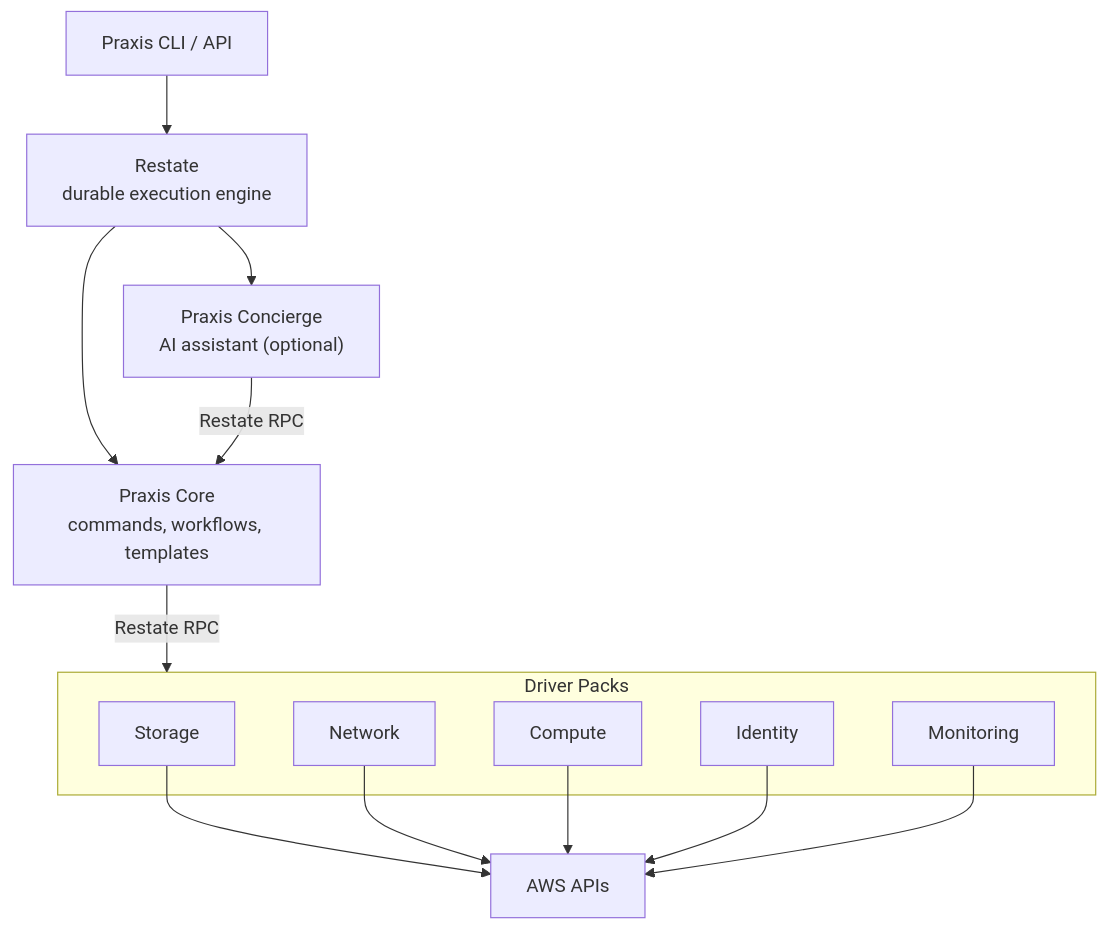
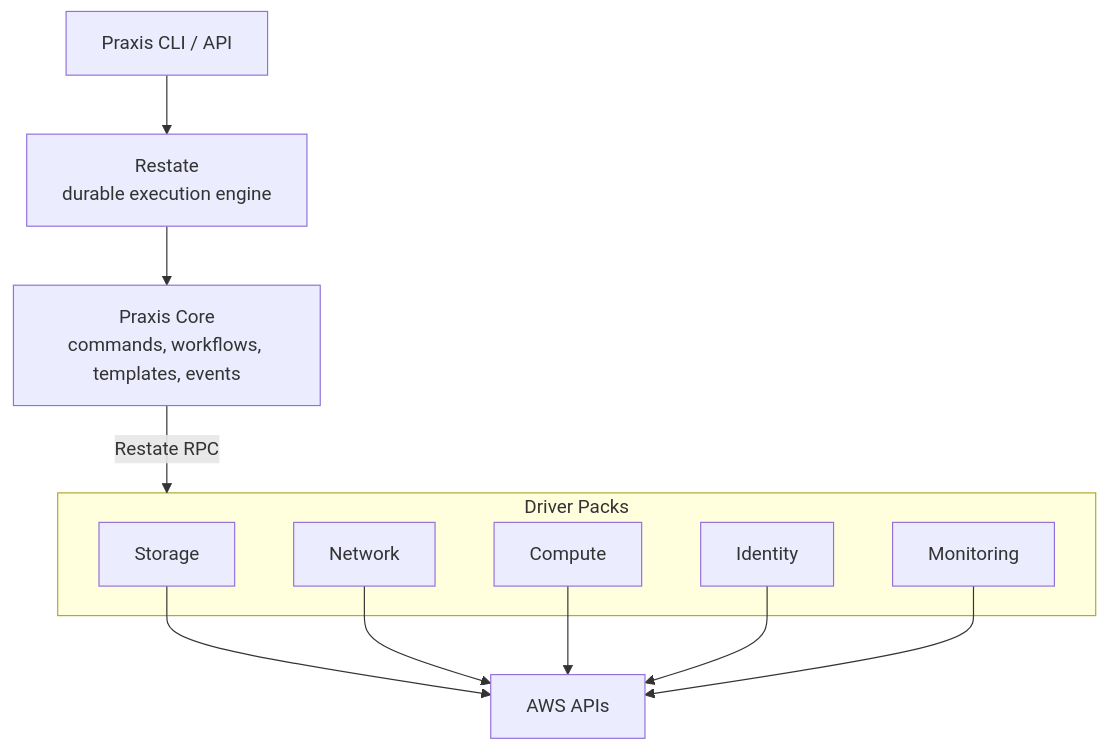
One commit to shirvan/praxis changed the diagram in README.md. Above: the diagram before and after it, drawn with Mermaid. The commit also changed other lines of this file and 7 other files, not shown here.

First line of the commit message:
docs: sweep all documentation for the new architecture

````diff
--- a/README.md
+++ b/README.md
@@ -17,22 +17,20 @@
 ```mermaid
 graph TD
     CLI["Praxis CLI / API"] --> Restate["Restate<br/>durable execution engine"]
-    Restate --> Core["Praxis Core<br/>commands, workflows, templates"]
-    Restate --> Concierge["Praxis Concierge<br/>AI assistant (optional)"]
-    Concierge -->|"Restate RPC"| Core
+    Restate --> Core["Praxis Core<br/>commands, workflows, templates, events"]
     Core -->|"Restate RPC"| Drivers
 
     subgraph Drivers["Driver Packs"]
         Storage
         Network
         Compute
         Identity
         Monitoring
     end
 
     Storage --> AWS["AWS APIs"]
     Network --> AWS
     Compute --> AWS
     Identity --> AWS
     Monitoring --> AWS
 ```
````
